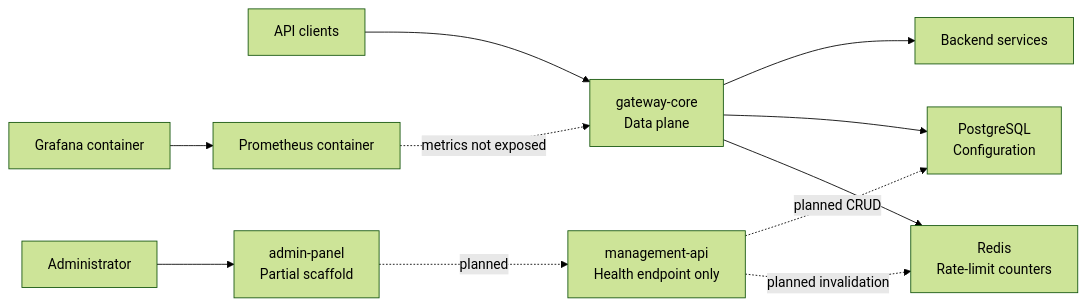
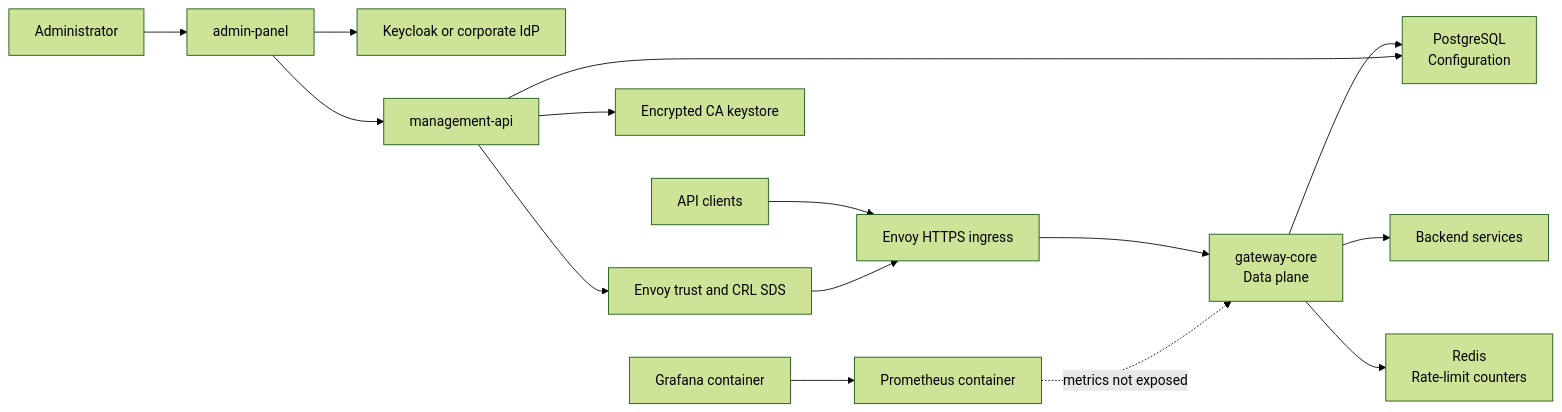
One commit to c4rl0s04/api-gateway-platform changed the diagram in docs/02-architecture/Global Architecture.md. Above: the diagram before and after it, drawn with Mermaid (forest theme). The commit also changed other lines of this file and 16 other files, not shown here.

Commit message:
docs(mtls): document multi-client pki architecture

````diff
--- a/docs/02-architecture/Global Architecture.md
+++ b/docs/02-architecture/Global Architecture.md
@@ -32,15 +32,19 @@
 ```mermaid
 flowchart LR
-    CLIENT["API clients"] --> GATEWAY["gateway-core<br/>Data plane"]
+    CLIENT["API clients"] --> ENVOY["Envoy HTTPS ingress"]
+    ENVOY --> GATEWAY["gateway-core<br/>Data plane"]
     GATEWAY --> BACKEND["Backend services"]
     GATEWAY --> POSTGRES["PostgreSQL<br/>Configuration"]
     GATEWAY --> REDIS["Redis<br/>Rate-limit counters"]
 
-    ADMIN["Administrator"] --> PANEL["admin-panel<br/>Partial scaffold"]
-    PANEL -. "planned" .-> MANAGEMENT["management-api<br/>Health endpoint only"]
-    MANAGEMENT -. "planned CRUD" .-> POSTGRES
-    MANAGEMENT -. "planned invalidation" .-> REDIS
+    ADMIN["Administrator"] --> PANEL["admin-panel"]
+    PANEL --> KEYCLOAK["Keycloak or corporate IdP"]
+    PANEL --> MANAGEMENT["management-api"]
+    MANAGEMENT --> POSTGRES
+    MANAGEMENT --> KEYSTORE["Encrypted CA keystore"]
+    MANAGEMENT --> SDS["Envoy trust and CRL SDS"]
+    SDS --> ENVOY
 
     PROMETHEUS["Prometheus container"] -. "metrics not exposed" .-> GATEWAY
     GRAFANA["Grafana container"] --> PROMETHEUS
 ```
````
